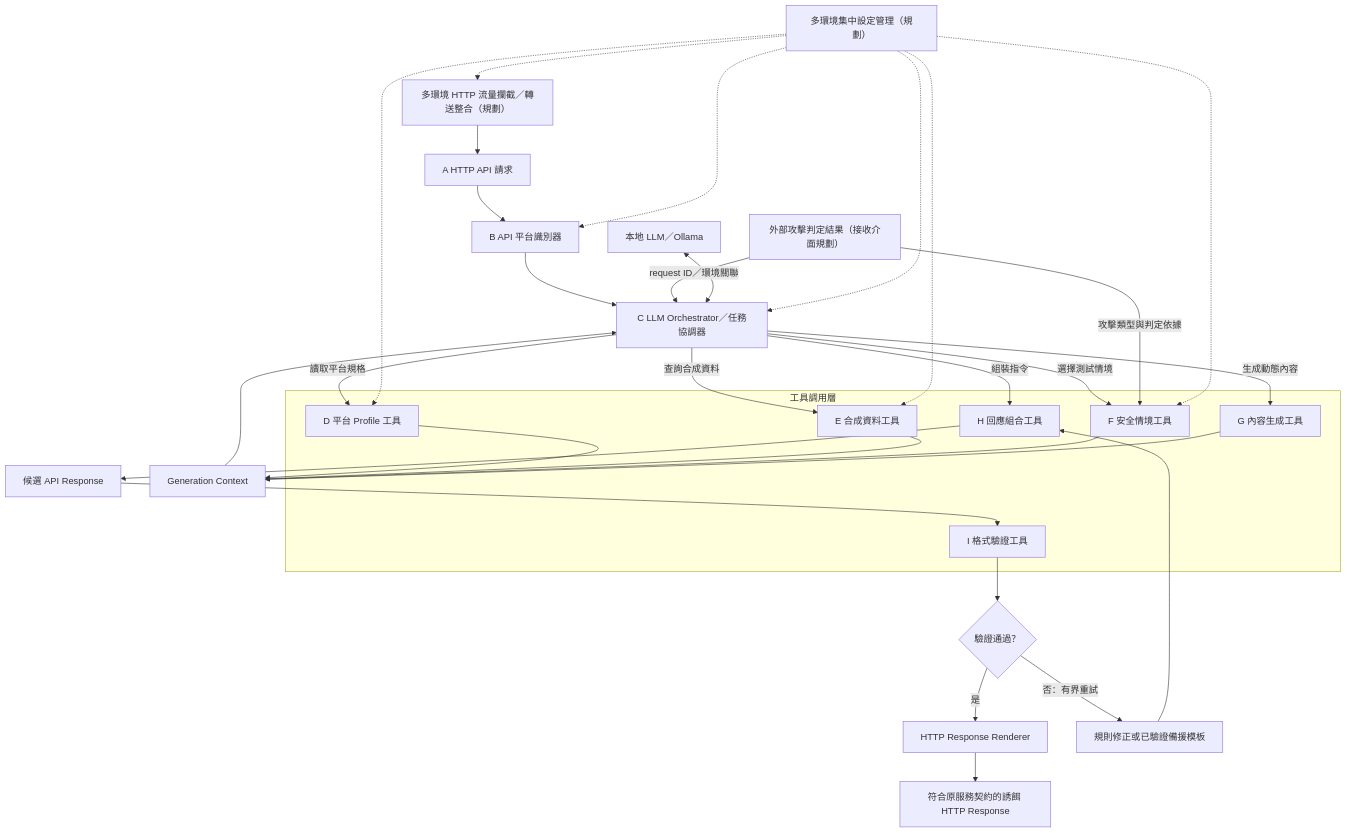
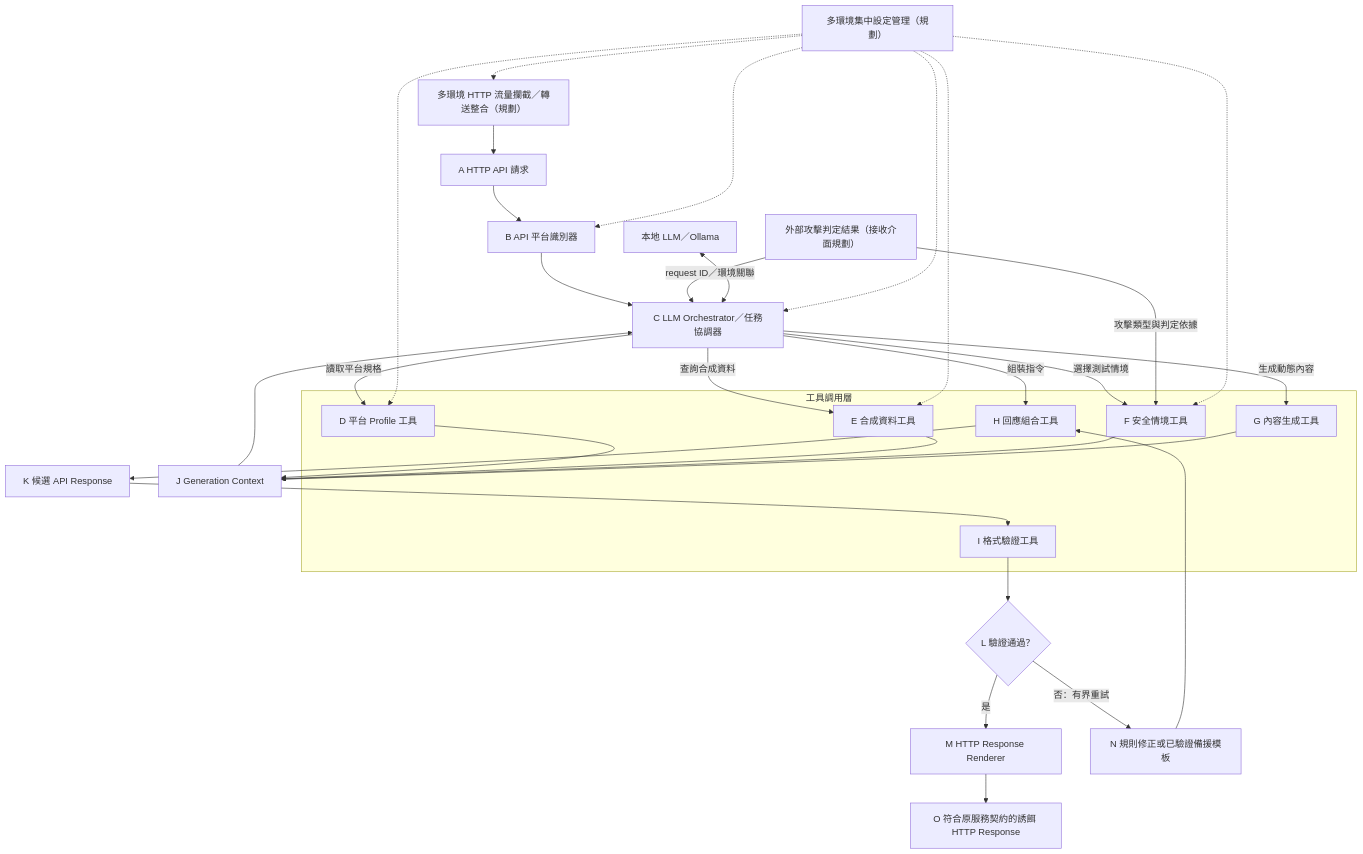
Before and after one commit to IAN40070510/Mirage_API: the diagram in README.md, drawn with Mermaid.

Commit message:
docs(readme): label architecture flow nodes J through O

````diff
--- a/README.md
+++ b/README.md
@@ -37,40 +37,40 @@
 ```mermaid
 flowchart TB
     R["多環境 HTTP 流量攔截／轉送整合（規劃）"] --> A
     A["A HTTP API 請求"] --> B["B API 平台識別器"]
     B --> C["C LLM Orchestrator／任務協調器"]
     Q["外部攻擊判定結果（接收介面規劃）"] -->|request ID／環境關聯| C
     subgraph TOOLS["工具調用層"]
         D["D 平台 Profile 工具"]
         E["E 合成資料工具"]
         F["F 安全情境工具"]
         G["G 內容生成工具"]
         H["H 回應組合工具"]
         I["I 格式驗證工具"]
     end
     C -->|讀取平台規格| D
     C -->|查詢合成資料| E
     C -->|選擇測試情境| F
     Q -->|攻擊類型與判定依據| F
     C -->|生成動態內容| G
-    D --> J["Generation Context"]
+    D --> J["J Generation Context"]
     E --> J
     F --> J
     G --> J
     J --> C
     C -->|組裝指令| H
-    H --> K["候選 API Response"]
+    H --> K["K 候選 API Response"]
     K --> I
-    I --> L{"驗證通過？"}
-    L -->|是| M["HTTP Response Renderer"]
-    L -->|否：有界重試| N["規則修正或已驗證備援模板"]
+    I --> L{"L 驗證通過？"}
+    L -->|是| M["M HTTP Response Renderer"]
+    L -->|否：有界重試| N["N 規則修正或已驗證備援模板"]
     N --> H
-    M --> O["符合原服務契約的誘餌 HTTP Response"]
+    M --> O["O 符合原服務契約的誘餌 HTTP Response"]
     P["本地 LLM／Ollama"] <--> C
     T["多環境集中設定管理（規劃）"] -.-> R
     T -.-> B
     T -.-> C
     T -.-> D
     T -.-> E
     T -.-> F
 ```
````
